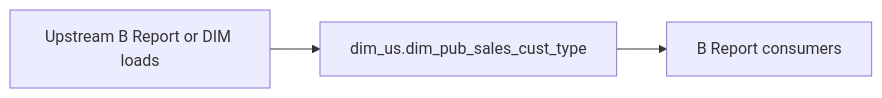
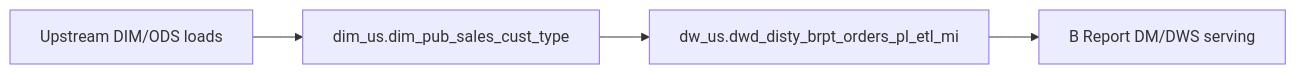
Before and after one commit to chengduhaha/data_agent: the diagram in backend/defaults/b_report/workspace/target/knowledgebase/b-report-us/dim_pub_sales_cust_type.md, drawn with Mermaid. The commit also changed other lines of this file and 1108 other files, not shown here.

````diff
--- a/backend/defaults/b_report/workspace/target/knowledgebase/b-report-us/dim_pub_sales_cust_type.md
+++ b/backend/defaults/b_report/workspace/target/knowledgebase/b-report-us/dim_pub_sales_cust_type.md
@@ -126,8 +133,10 @@
 ```mermaid
 flowchart LR
-  upstream[Upstream B Report or DIM loads]
-  tgt["dim_us.dim_pub_sales_cust_type"]
-  brpt[B Report consumers]
-  upstream --> tgt
-  tgt --> brpt
+  upstream["Upstream DIM/ODS loads"]
+  dim["dim_us.dim_pub_sales_cust_type"]
+  hub["dw_us.dwd_disty_brpt_orders_pl_etl_mi"]
+  dm["B Report DM/DWS serving"]
+  upstream --> dim
+  dim --> hub
+  hub --> dm
 ```
````
